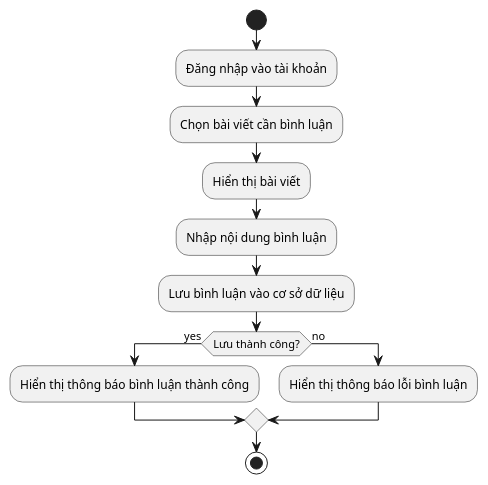
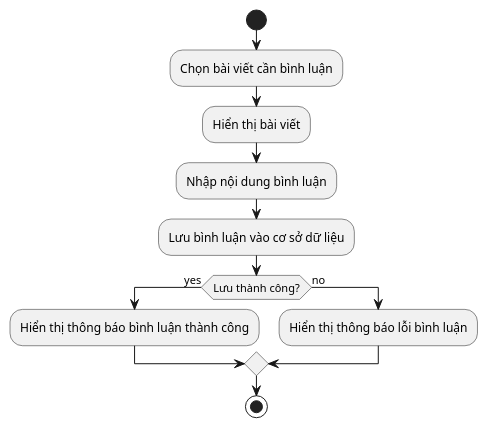
One commit to HiimDucManh/SE357-Pratice-class changed the diagram in Lab1/Lab1.2/Comment Post/CommentPost_Activity.pu. Above: the diagram before and after it, drawn with PlantUML. The commit also changed 1 other file, not shown here.

```diff
--- a/Lab1/Lab1.2/Comment Post/CommentPost_Activity.pu
+++ b/Lab1/Lab1.2/Comment Post/CommentPost_Activity.pu
@@ -1,14 +1,13 @@
 @startuml
 start
-:Đăng nhập vào tài khoản;
 :Chọn bài viết cần bình luận;
 :Hiển thị bài viết;
 :Nhập nội dung bình luận;
 :Lưu bình luận vào cơ sở dữ liệu;
 if (Lưu thành công?) then (yes)
   :Hiển thị thông báo bình luận thành công;
 else (no)
   :Hiển thị thông báo lỗi bình luận;
 endif
 stop
 @enduml
```
